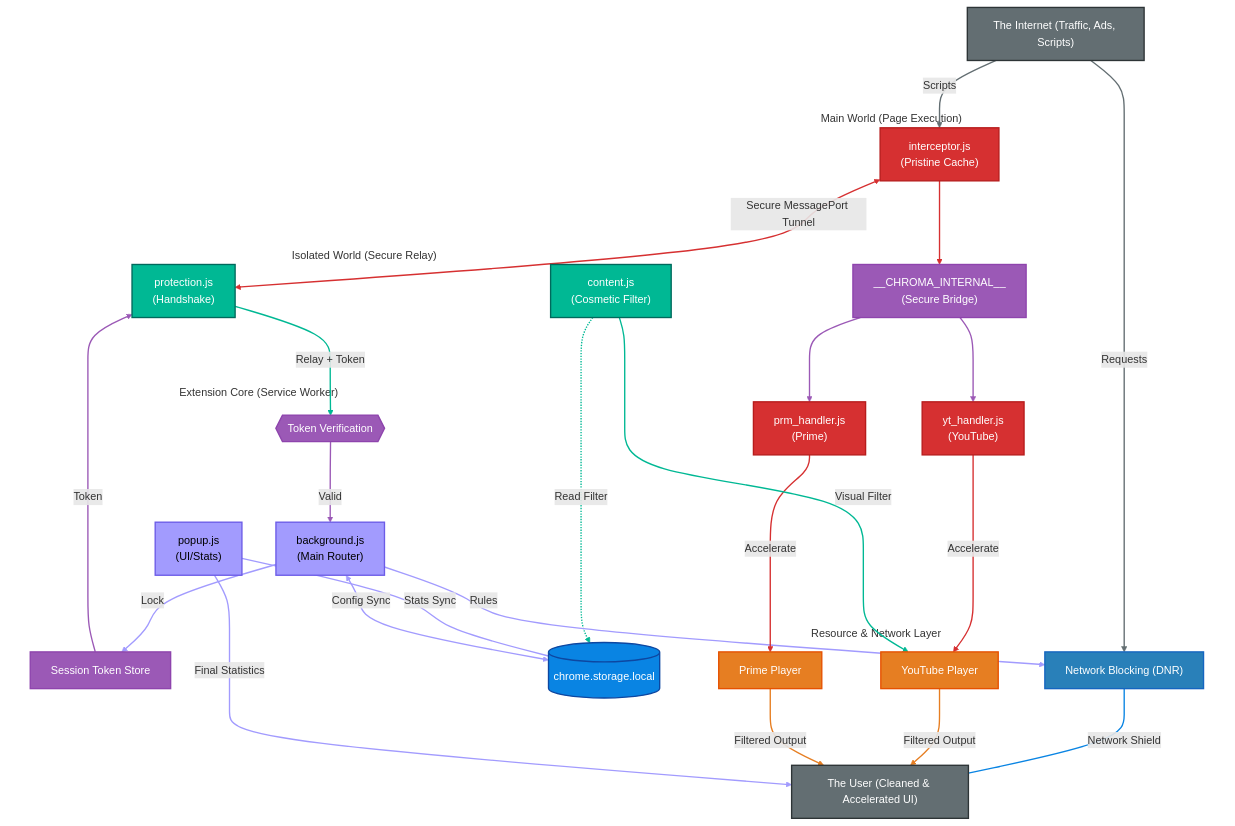
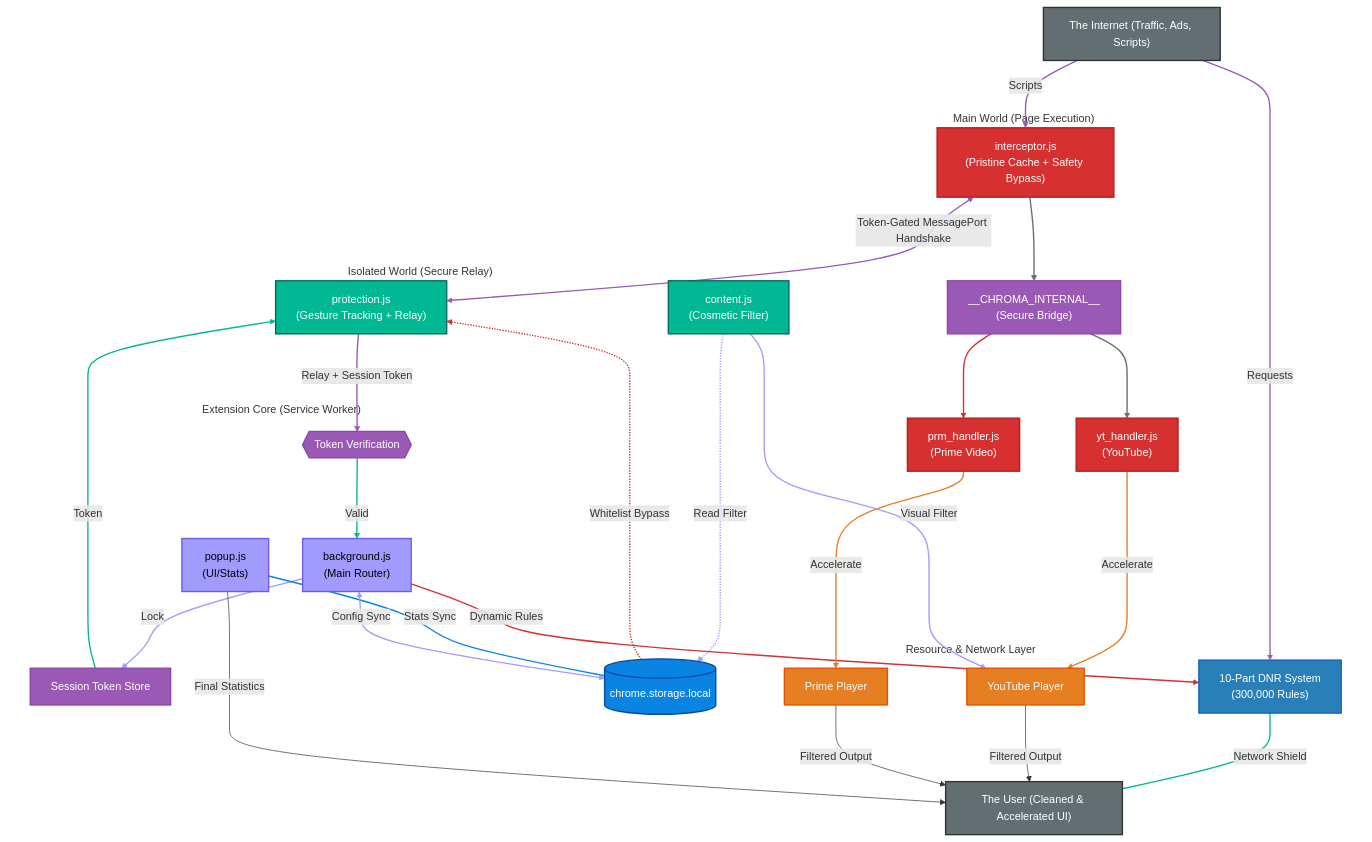
One commit to Dabrogost/Chroma-Ad-Blocker changed the diagram in README.md. Above: the diagram before and after it, drawn with Mermaid. The commit also changed other lines of this file, not shown here.

Commit message:
docs: update README features, architecture descriptions, and Mermaid diagrams to reflect new safety protocols and communication pipelines.

```diff
--- a/README.md
+++ b/README.md
@@ -38,10 +34,10 @@
 
     %% --- STACK 1: PAGE CONTEXT ---
     subgraph MW["Main World (Page Execution)"]
-        MW_INT["interceptor.js<br/>(Pristine Cache)"]:::main
+        MW_INT["interceptor.js<br/>(Pristine Cache + Safety Bypass)"]:::main
         BRIDGE["__CHROMA_INTERNAL__<br/>(Secure Bridge)"]:::secure
         CS_YT["yt_handler.js<br/>(YouTube)"]:::main
-        CS_PV["prm_handler.js<br/>(Prime)"]:::main
+        CS_PV["prm_handler.js<br/>(Prime Video)"]:::main
         MW_INT --> BRIDGE
         BRIDGE --> CS_YT
         BRIDGE --> CS_PV
@@ -49,7 +45,7 @@
 
     %% --- STACK 2: EXTENSION RELAY ---
     subgraph IW["Isolated World (Secure Relay)"]
-        CS_PROT["protection.js<br/>(Handshake)"]:::isolated
+        CS_PROT["protection.js<br/>(Gesture Tracking + Relay)"]:::isolated
         CS_GEN["content.js<br/>(Cosmetic Filter)"]:::isolated
     end
 
@@ -64,7 +60,7 @@
     %% --- STACK 4: INFRASTRUCTURE ---
     subgraph System["Resource & Network Layer"]
         STORAGE[("chrome.storage.local")]:::storage
-        DNR["Network Blocking (DNR)"]:::dnr
+        DNR["10-Part DNR System<br/>(300,000 Rules)"]:::dnr
         YT_DOM["YouTube Player"]:::dom
         PV_DOM["Prime Player"]:::dom
     end
@@ -79,46 +75,48 @@
     INTERNET -- "Requests" --> DNR
 
     %% Secure Pipeline 2,3,4,5,6
-    MW_INT <==>|"Secure MessagePort Tunnel"| CS_PROT
-    CS_PROT -- "Relay + Token" --> VERIFY
+    MW_INT <==>|"Token-Gated MessagePort Handshake"| CS_PROT
+    CS_PROT -- "Relay + Session Token" --> VERIFY
     VERIFY -- "Valid" --> BS
     BS -- "Lock" --> AUTH
     AUTH -- "Token" --> CS_PROT
 
-    %% ─── Storage Connections (Staggered) 7,8,9
+    %% ─── Storage Connections (Staggered) 7,8,9,10
     POPUP ---|"Stats Sync"| STORAGE
     BS <-->|"Config Sync"| STORAGE
     CS_GEN -.->|"Read Filter"| STORAGE
+    STORAGE -.->|"Whitelist Bypass"| CS_PROT
 
-    %% Control & Action 10,11
-    BS -- "Rules" --> DNR
+    %% Control & Action 11,12
+    BS -- "Dynamic Rules" --> DNR
     DNR ---|"Network Shield"| USER
     
-    %% Handler Impact 12,13,14
+    %% Handler Impact 13,14,15
     CS_YT ==>|"Accelerate"| YT_DOM
     CS_PV ==>|"Accelerate"| PV_DOM
     CS_GEN ==>|"Visual Filter"| YT_DOM
     
-    %% User experience 15,16,17
+    %% User experience 16,17,18
     YT_DOM -- "Filtered Output" --> USER
     PV_DOM -- "Filtered Output" --> USER
     POPUP -- "Final Statistics" --> USER
 
     %% --- LOGIC TRACING (LINK STYLES) ---
-    %% 1. Internet: Grey (Links 3, 4)
-    linkStyle 3,4 stroke:#636e72,stroke-width:2px;
-    %% 2. Main World: Red (Links 0, 5, 15, 16)
-    linkStyle 0,5,15,16 stroke:#d63031,stroke-width:2px;
-    %% 3. Isolated World: Green (Links 6, 12, 17)
-    linkStyle 6,12,17 stroke:#00b894,stroke-width:2px;
-    %% 4. Secure Paths: Purple (Links 1, 2, 7, 9)
-    linkStyle 1,2,7,9 stroke:#9b59b6,stroke-width:2px;
-    %% 5. Core/SW Paths: Lavender (Links 8, 10, 11, 13, 20)
-    linkStyle 8,10,11,13,20 stroke:#a29bfe,stroke-width:2px;
-    %% 6. Infrastructure (DNR): Blue (Link 14)
-    linkStyle 14 stroke:#0984e3,stroke-width:2px;
-    %% 7. DOM Outputs: Orange (Links 18, 19)
-    linkStyle 18,19 stroke:#e67e22,stroke-width:2px;
+    %% 1. Internet: Grey (Internet Source: 0, 1)
+    linkStyle 0,1 stroke:#636e72,stroke-width:2px;
+    %% 2. Main World: Red (INT: 2, YT: 13, PV: 14)
+    linkStyle 2,13,14 stroke:#d63031,stroke-width:2px;
+    %% 3. Secure Paths: Purple (BRIDGE: 3,4, VERIFY: 5, AUTH: 6)
+    linkStyle 3,4,5,6 stroke:#9b59b6,stroke-width:2px;
+    %% 4. Isolated World: Green (PROT: 7, GEN: 11? GEN: 9, 15)
+    %% Link 7: PROT->VERIFY, Link 9: GEN->STORAGE, Link 15: GEN->DOM
+    linkStyle 7,9,15 stroke:#00b894,stroke-width:2px;
+    %% 5. Extension Core: Lavender (POPUP: 8, 18, BS: 11, 10, DNR: 12)
+    linkStyle 8,10,11,12,18 stroke:#a29bfe,stroke-width:2px;
+    %% 6. Storage: Blue (Source: 10 is Blue)
+    linkStyle 10 stroke:#0984e3,stroke-width:2px;
+    %% 7. Video Players: Orange (Source: 16, 17)
+    linkStyle 16,17 stroke:#e67e22,stroke-width:2px;
 
     %% --- HIDE SUBGRAPH BOXES ---
     style MW fill:none,stroke:none
```
